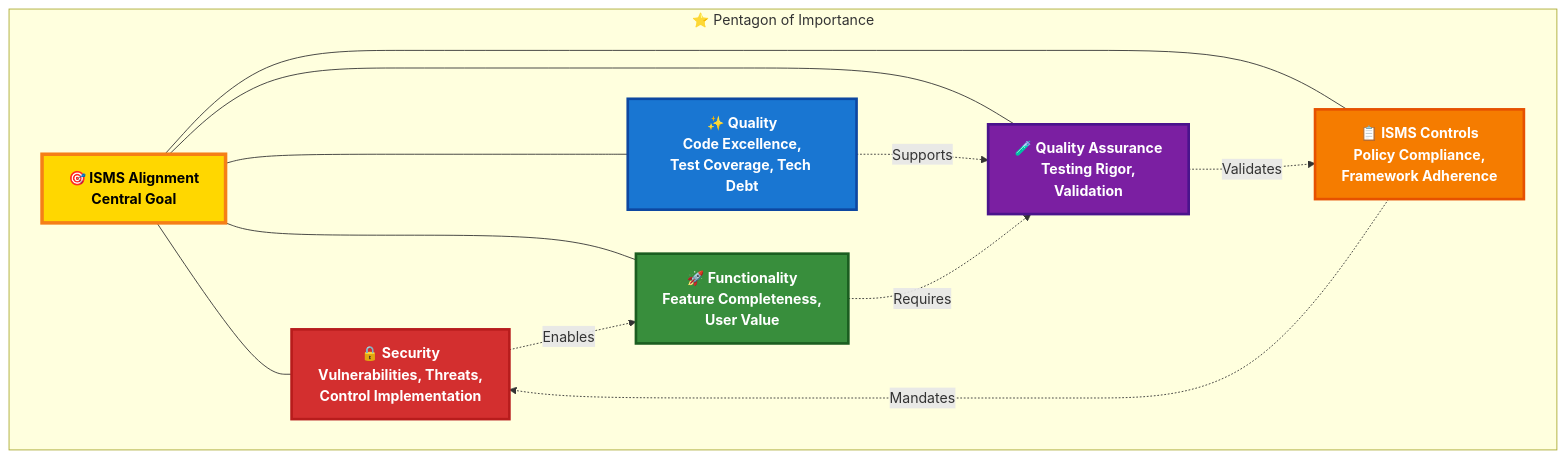
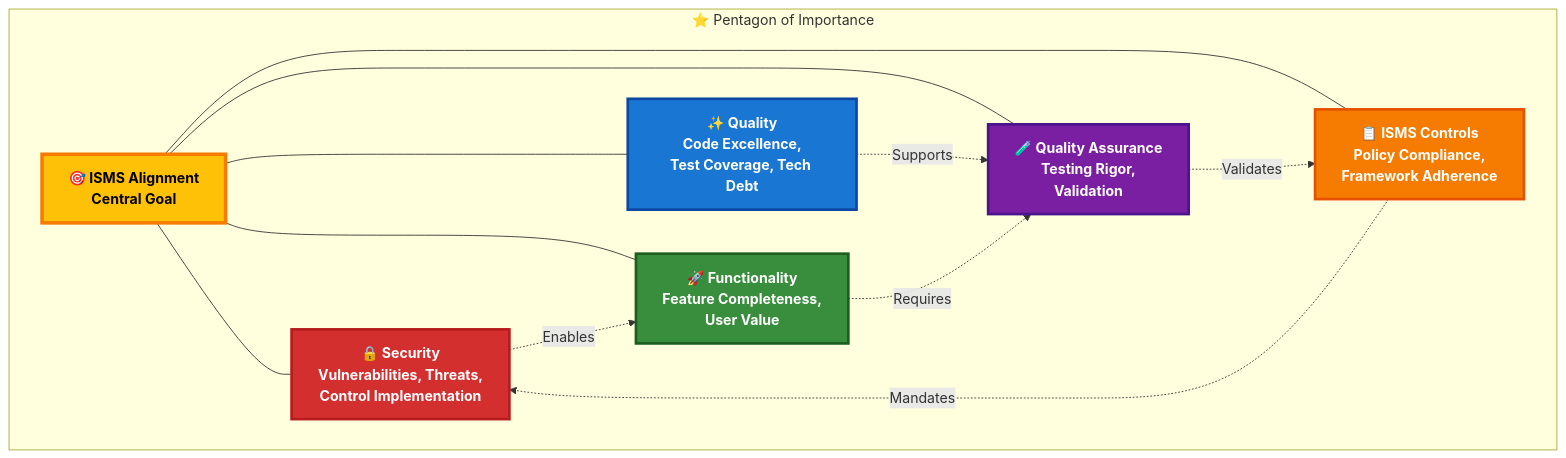
Before and after one commit to Hack23/ISMS-PUBLIC: the seventh of 8 diagrams in Information_Security_Strategy.md, drawn with Mermaid. The commit also changed other lines of this file, not shown here.

````diff
--- a/Information_Security_Strategy.md
+++ b/Information_Security_Strategy.md
@@ -1071,31 +1081,31 @@
 ```mermaid
 graph TB
     subgraph "⭐ Pentagon of Importance"
         CENTER[🎯 ISMS Alignment<br/>Central Goal]:::center
         
         SEC[🔒 Security<br/>Vulnerabilities, Threats,<br/>Control Implementation]:::security
         QUAL[✨ Quality<br/>Code Excellence,<br/>Test Coverage, Tech Debt]:::quality
         FUNC[🚀 Functionality<br/>Feature Completeness,<br/>User Value]:::functionality
         QA[🧪 Quality Assurance<br/>Testing Rigor,<br/>Validation]:::qa
         ISMS_DIM[📋 ISMS Controls<br/>Policy Compliance,<br/>Framework Adherence]:::isms
         
         CENTER --- SEC
         CENTER --- QUAL
         CENTER --- FUNC
         CENTER --- QA
         CENTER --- ISMS_DIM
         
         SEC -.->|Enables| FUNC
         QUAL -.->|Supports| QA
         FUNC -.->|Requires| QA
         QA -.->|Validates| ISMS_DIM
         ISMS_DIM -.->|Mandates| SEC
     end
     
-    classDef center fill:#FFD700,stroke:#F57F17,stroke-width:4px,color:#000,font-weight:bold
+    classDef center fill:#FFC107,stroke:#F57C00,stroke-width:4px,color:#000,font-weight:bold
     classDef security fill:#D32F2F,stroke:#B71C1C,stroke-width:3px,color:#fff,font-weight:bold
     classDef quality fill:#1976D2,stroke:#0D47A1,stroke-width:3px,color:#fff,font-weight:bold
     classDef functionality fill:#388E3C,stroke:#1B5E20,stroke-width:3px,color:#fff,font-weight:bold
     classDef qa fill:#7B1FA2,stroke:#4A148C,stroke-width:3px,color:#fff,font-weight:bold
     classDef isms fill:#F57C00,stroke:#E65100,stroke-width:3px,color:#fff,font-weight:bold
 ```
````
